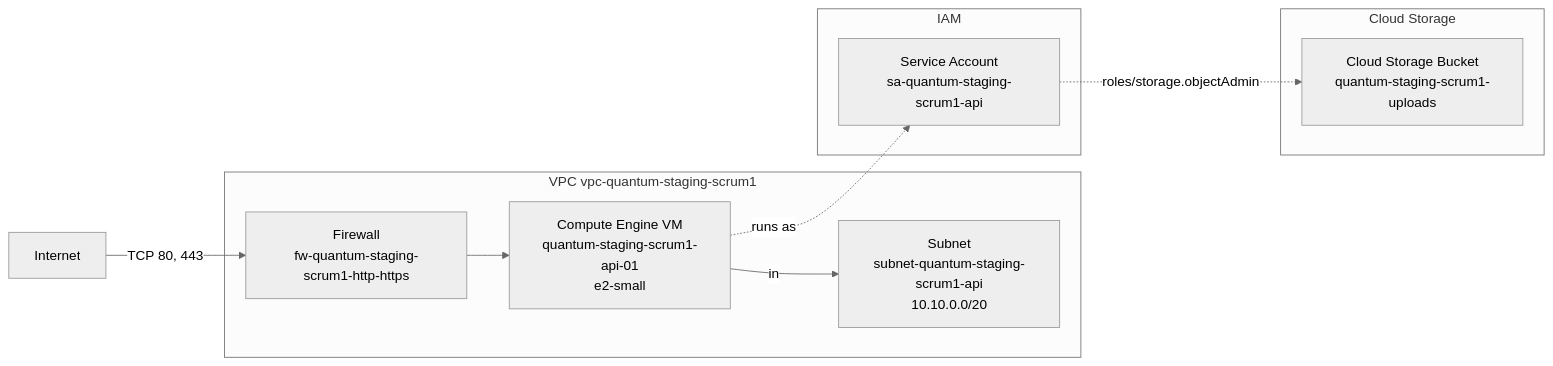
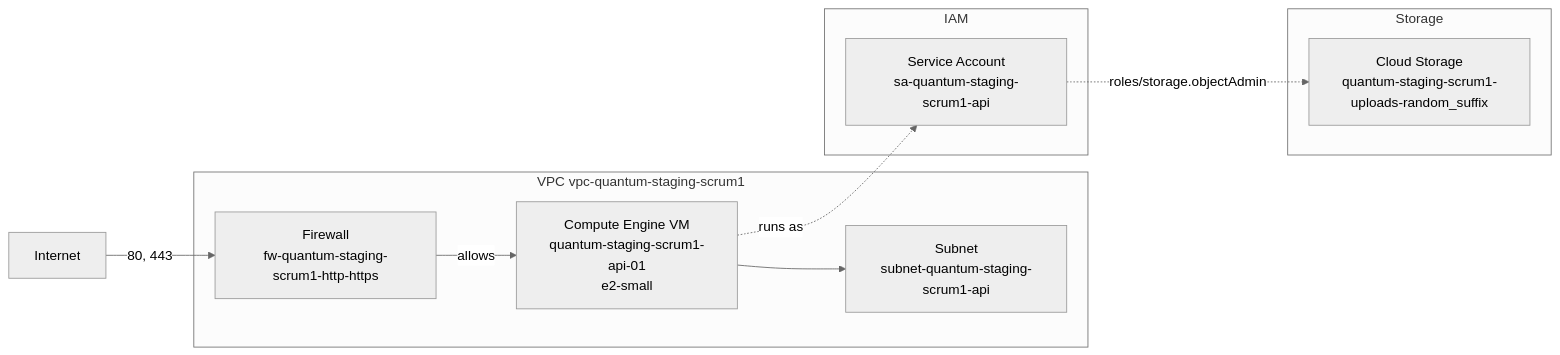
One commit to manubabugenai/neo-terraform-output changed the diagram in stacks/scrum-1/architecture.mmd. Above: the diagram before and after it, drawn with Mermaid (neutral theme).

Commit message:
Add architecture diagram for scrum-1

```diff
--- a/stacks/scrum-1/architecture.mmd
+++ b/stacks/scrum-1/architecture.mmd
@@ -1,22 +1,23 @@
 flowchart LR
-    Internet[Internet]
+    Internet["Internet"]
 
-    subgraph VPC["VPC vpc-quantum-staging-scrum1"]
-        Subnet["Subnet<br/>subnet-quantum-staging-scrum1-api<br/>10.10.0.0/20"]
-        Firewall["Firewall<br/>fw-quantum-staging-scrum1-http-https"]
-        VM["Compute Engine VM<br/>quantum-staging-scrum1-api-01<br/>e2-small"]
-        VM -- "in" --> Subnet
+    subgraph VPC_NETWORK["VPC vpc-quantum-staging-scrum1"]
+        SUBNET_API["Subnet<br/>subnet-quantum-staging-scrum1-api"]
+        VM_API["Compute Engine VM<br/>quantum-staging-scrum1-api-01<br/>e2-small"]
+        FW_HTTP_HTTPS["Firewall<br/>fw-quantum-staging-scrum1-http-https"]
+
+        VM_API --> SUBNET_API
     end
 
-    subgraph Storage["Cloud Storage"]
-        Bucket["Cloud Storage Bucket<br/>quantum-staging-scrum1-uploads"]
+    subgraph STORAGE_BUCKET_GROUP["Storage"]
+        UPLOAD_BUCKET["Cloud Storage<br/>quantum-staging-scrum1-uploads-random_suffix"]
     end
 
-    subgraph IAM["IAM"]
-        SA["Service Account<br/>sa-quantum-staging-scrum1-api"]
+    subgraph IAM_SA_GROUP["IAM"]
+        SERVICE_ACCOUNT["Service Account<br/>sa-quantum-staging-scrum1-api"]
     end
 
-    Internet -->|"TCP 80, 443"| Firewall
-    Firewall --> VM
-    VM -.->|"runs as"| SA
-    SA -.->|"roles/storage.objectAdmin"| Bucket
+    Internet -->|80, 443| FW_HTTP_HTTPS
+    FW_HTTP_HTTPS -->|allows| VM_API
+    VM_API -.->|runs as| SERVICE_ACCOUNT
+    SERVICE_ACCOUNT -.->|roles/storage.objectAdmin| UPLOAD_BUCKET
```
